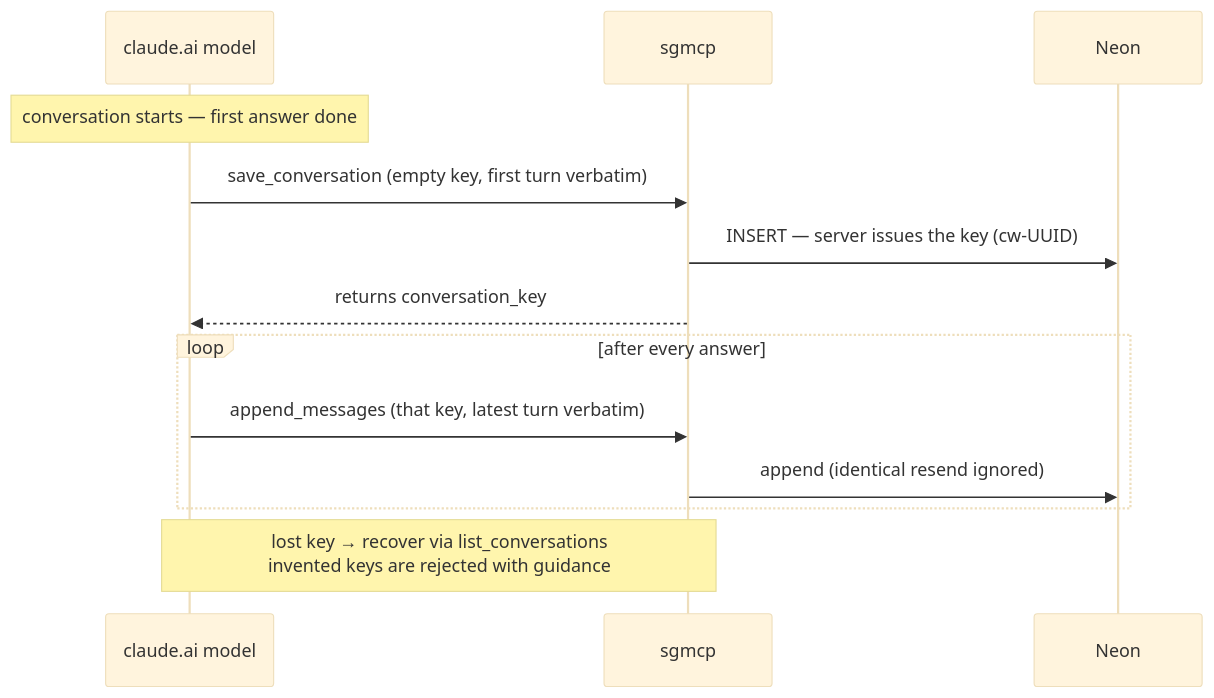
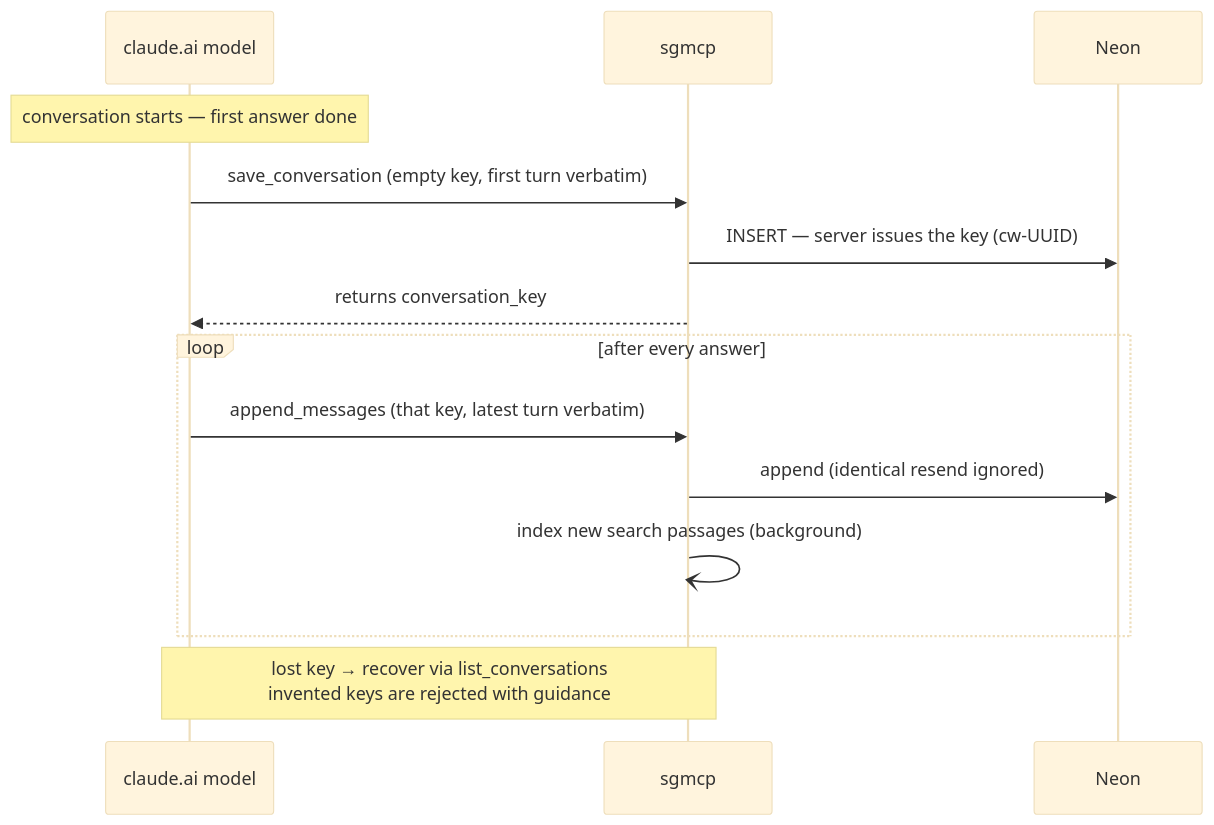
Before and after one commit to seung-gu/sgmcp: the second of 4 diagrams in ARCHITECTURE.md, drawn with Mermaid (base theme). The commit also changed other lines of this file and 5 other files, not shown here.

First line of the commit message:
Index search passages right after each save, embedding only what changed

````diff
--- a/ARCHITECTURE.md
+++ b/ARCHITECTURE.md
@@ -52,18 +54,19 @@
 ```mermaid
 sequenceDiagram
     participant F as claude.ai model
     participant S as sgmcp
     participant DB as Neon
 
     Note over F: conversation starts — first answer done
     F->>S: save_conversation (empty key, first turn verbatim)
     S->>DB: INSERT — server issues the key (cw-UUID)
     S-->>F: returns conversation_key
 
     loop after every answer
         F->>S: append_messages (that key, latest turn verbatim)
         S->>DB: append (identical resend ignored)
+        S-)S: index new search passages (background)
     end
 
     Note over F,S: lost key → recover via list_conversations<br/>invented keys are rejected with guidance
 ```
````
